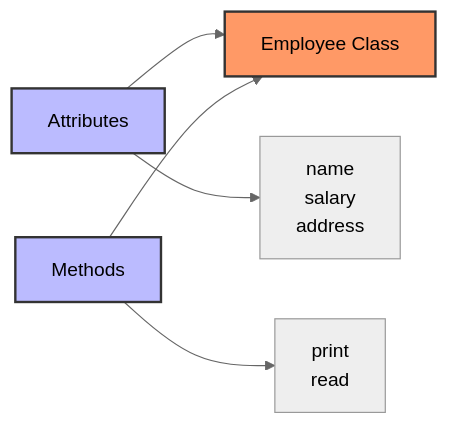
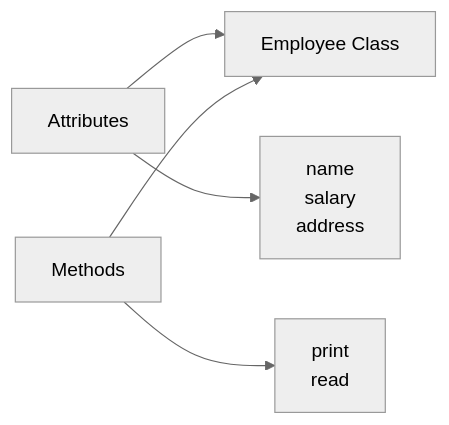
The fourth of 4 diagrams in Class and objects/Methods.md (AhmeDiaaU/PythonDocumentation), drawn with Mermaid (neutral theme) before and after one commit.

````diff
--- a/Class and objects/Methods.md
+++ b/Class and objects/Methods.md
@@ -105,11 +105,7 @@
 ```mermaid
 flowchart LR
     A[Attributes] --> C[Employee Class]
     B[Methods] --> C
     A --> D[name<br>salary<br>address]
     B --> E[print<br>read]
-    
-    style C fill:#f96,stroke:#333,stroke-width:2px
-    style A fill:#bbf,stroke:#333,stroke-width:2px
-    style B fill:#bbf,stroke:#333,stroke-width:2px
 ```
````
